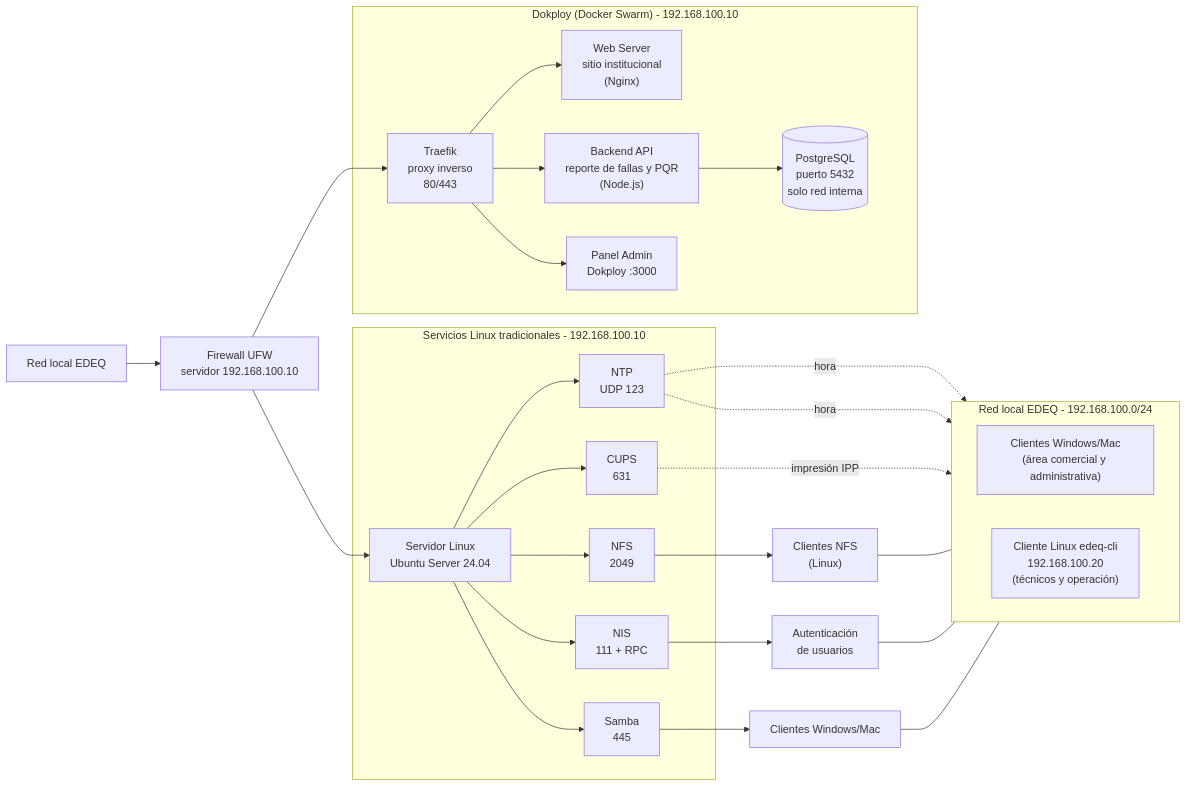
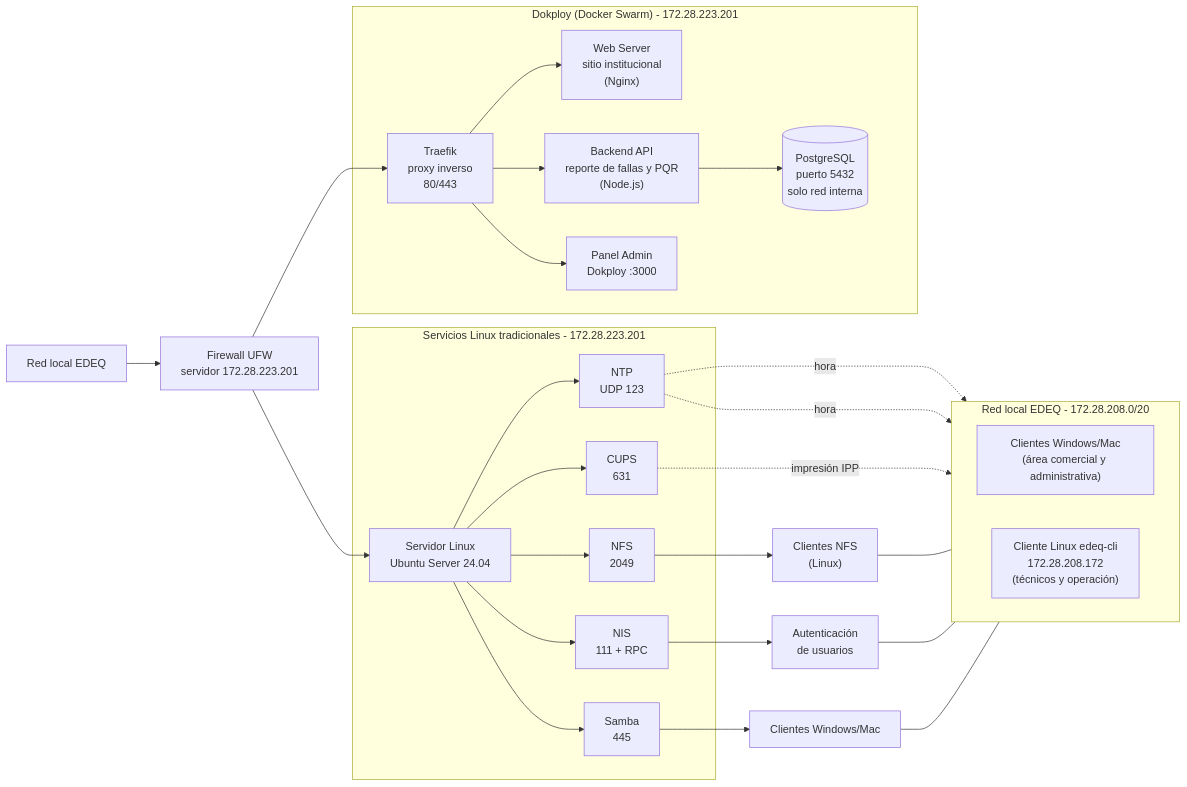
Before and after one commit to JuanesArangoi/proyecto-final-edeq: the diagram in diagrama.mmd, drawn with Mermaid. The commit also changed 7 other files, not shown here.

```diff
--- a/diagrama.mmd
+++ b/diagrama.mmd
@@ -1,48 +1,48 @@
 graph LR
-    subgraph RED["Red local EDEQ - 192.168.100.0/24"]
+    subgraph RED["Red local EDEQ - 172.28.208.0/20"]
         direction LR
         CW["Clientes Windows/Mac<br/>(área comercial y administrativa)"]
-        CL["Cliente Linux edeq-cli<br/>192.168.100.20<br/>(técnicos y operación)"]
+        CL["Cliente Linux edeq-cli<br/>172.28.208.172<br/>(técnicos y operación)"]
     end
 
-    A["Red local EDEQ"] --> FW["Firewall UFW<br/>servidor 192.168.100.10"]
+    A["Red local EDEQ"] --> FW["Firewall UFW<br/>servidor 172.28.223.201"]
 
-    subgraph DK["Dokploy (Docker Swarm) - 192.168.100.10"]
+    subgraph DK["Dokploy (Docker Swarm) - 172.28.223.201"]
         B["Traefik<br/>proxy inverso<br/>80/443"]
         C["Web Server<br/>sitio institucional<br/>(Nginx)"]
         D["Backend API<br/>reporte de fallas y PQR<br/>(Node.js)"]
         E["Panel Admin<br/>Dokploy :3000"]
         DB[("PostgreSQL<br/>puerto 5432<br/>solo red interna")]
     end
 
-    subgraph LX["Servicios Linux tradicionales - 192.168.100.10"]
+    subgraph LX["Servicios Linux tradicionales - 172.28.223.201"]
         F["Servidor Linux<br/>Ubuntu Server 24.04"]
         G["NTP<br/>UDP 123"]
         H["NFS<br/>2049"]
         I["NIS<br/>111 + RPC"]
         J["CUPS<br/>631"]
         K["Samba<br/>445"]
     end
 
     FW --> B
     FW --> F
     B --> C
     B --> D
     B --> E
     D --> DB
 
     F --> G
     F --> H
     F --> I
     F --> J
     F --> K
 
     H --> L["Clientes NFS<br/>(Linux)"]
     K --> M["Clientes Windows/Mac"]
     I --> N["Autenticación<br/>de usuarios"]
     G -.->|hora| CL
     G -.->|hora| CW
     J -.->|impresión IPP| CW
     L --- CL
     N --- CL
     M --- CW
```
